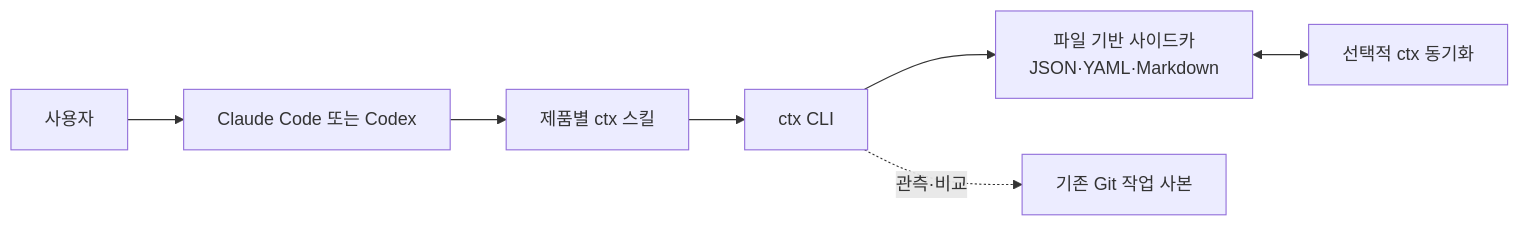
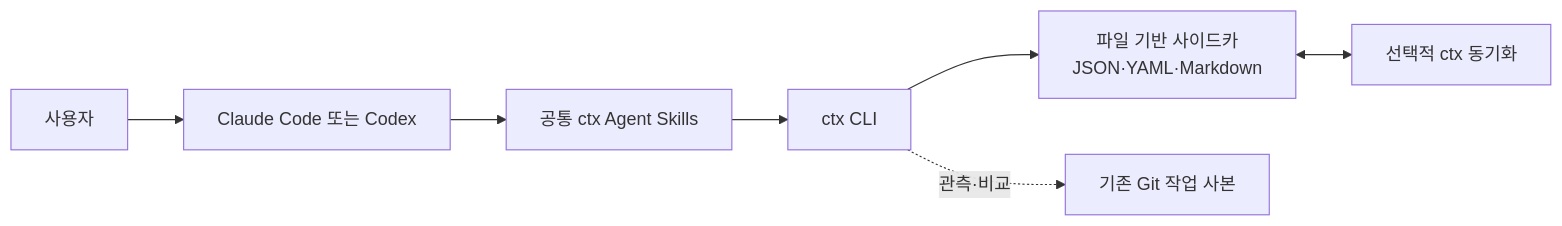
Before and after one commit to robinjoon/ai-kit: the diagram in README.md, drawn with Mermaid. The commit also changed other lines of this file and 19 other files, not shown here.

Commit message:
feat: add portable ctx agent skills

````diff
--- a/README.md
+++ b/README.md
@@ -9,9 +9,9 @@
 ```mermaid
 flowchart LR
     U["사용자"] --> A["Claude Code 또는 Codex"]
-    A --> S["제품별 ctx 스킬"]
+    A --> S["공통 ctx Agent Skills"]
     S --> CLI["ctx CLI"]
     CLI --> STORE["파일 기반 사이드카<br/>JSON·YAML·Markdown"]
     CLI -. "관측·비교" .-> GIT["기존 Git 작업 사본"]
     STORE <--> SYNC["선택적 ctx 동기화"]
 ```
````
